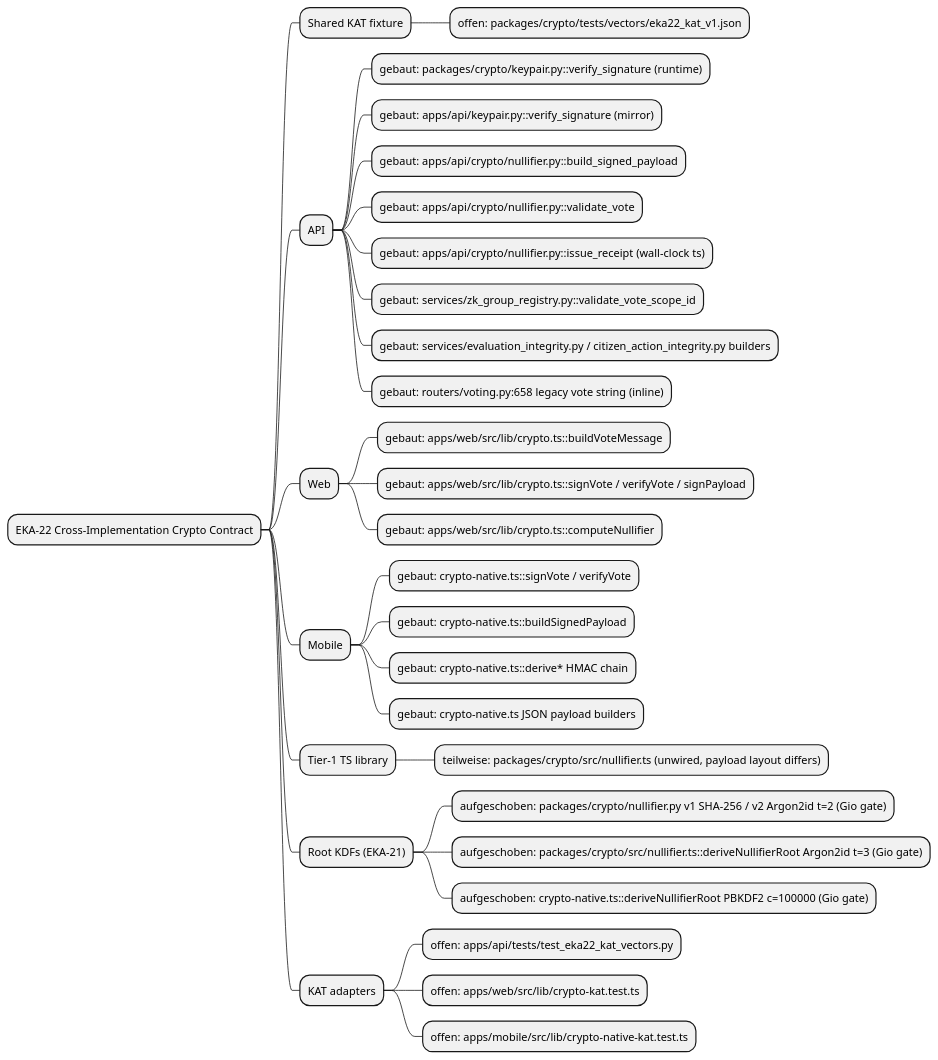
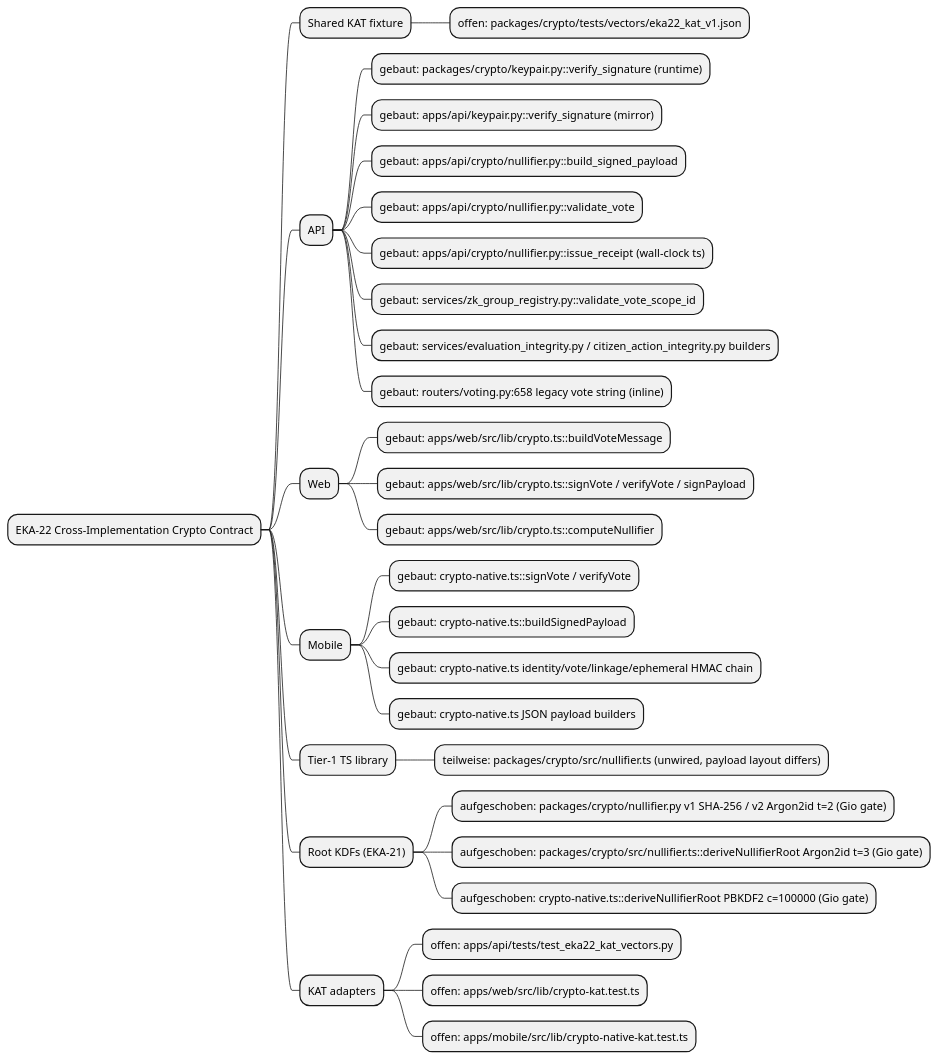
Before and after one commit to NeaBouli/pnyx: the third of 4 diagrams in docs/architecture/map.puml, drawn with PlantUML. The commit also changed 3 other files, not shown here.

Commit message:
docs(architecture): narrow EKA-22 shared HMAC hop

```diff
--- a/docs/architecture/map.puml
+++ b/docs/architecture/map.puml
@@ -53,34 +53,34 @@
 @startmindmap
 ' EKA-22 — Cross-Implementation Crypto Contract (base 4cc1193); EKA-18 diagrams above unchanged
 * EKA-22 Cross-Implementation Crypto Contract
 ** Shared KAT fixture
 *** offen: packages/crypto/tests/vectors/eka22_kat_v1.json
 ** API
 *** gebaut: packages/crypto/keypair.py::verify_signature (runtime)
 *** gebaut: apps/api/keypair.py::verify_signature (mirror)
 *** gebaut: apps/api/crypto/nullifier.py::build_signed_payload
 *** gebaut: apps/api/crypto/nullifier.py::validate_vote
 *** gebaut: apps/api/crypto/nullifier.py::issue_receipt (wall-clock ts)
 *** gebaut: services/zk_group_registry.py::validate_vote_scope_id
 *** gebaut: services/evaluation_integrity.py / citizen_action_integrity.py builders
 *** gebaut: routers/voting.py:658 legacy vote string (inline)
 ** Web
 *** gebaut: apps/web/src/lib/crypto.ts::buildVoteMessage
 *** gebaut: apps/web/src/lib/crypto.ts::signVote / verifyVote / signPayload
 *** gebaut: apps/web/src/lib/crypto.ts::computeNullifier
 ** Mobile
 *** gebaut: crypto-native.ts::signVote / verifyVote
 *** gebaut: crypto-native.ts::buildSignedPayload
-*** gebaut: crypto-native.ts::derive* HMAC chain
+*** gebaut: crypto-native.ts identity/vote/linkage/ephemeral HMAC chain
 *** gebaut: crypto-native.ts JSON payload builders
 ** Tier-1 TS library
 *** teilweise: packages/crypto/src/nullifier.ts (unwired, payload layout differs)
 ** Root KDFs (EKA-21)
 *** aufgeschoben: packages/crypto/nullifier.py v1 SHA-256 / v2 Argon2id t=2 (Gio gate)
 *** aufgeschoben: packages/crypto/src/nullifier.ts::deriveNullifierRoot Argon2id t=3 (Gio gate)
 *** aufgeschoben: crypto-native.ts::deriveNullifierRoot PBKDF2 c=100000 (Gio gate)
 ** KAT adapters
 *** offen: apps/api/tests/test_eka22_kat_vectors.py
 *** offen: apps/web/src/lib/crypto-kat.test.ts
 *** offen: apps/mobile/src/lib/crypto-native-kat.test.ts
 @endmindmap
```
